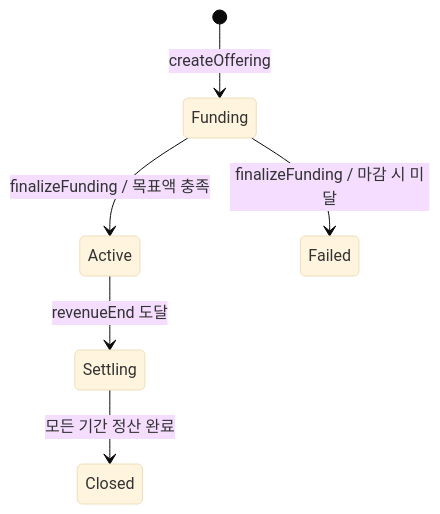
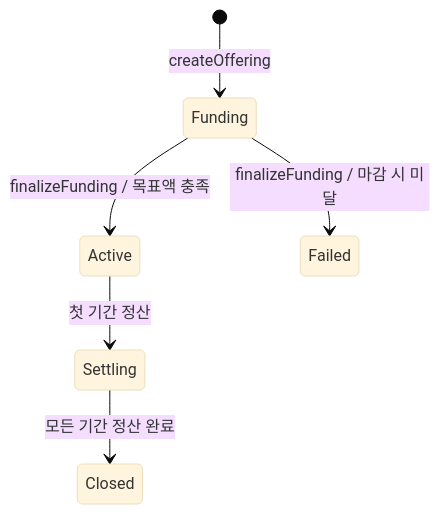
Before and after one commit to baypeline/creator-revenue-bridge: the second of 2 diagrams in contracts/README.md, drawn with Mermaid (base theme). The commit also changed other lines of this file and 3 other files, not shown here.

````diff
--- a/contracts/README.md
+++ b/contracts/README.md
@@ -90,8 +103,8 @@
 ```mermaid
 stateDiagram-v2
     [*] --> Funding: createOffering
     Funding --> Active: finalizeFunding / 목표액 충족
     Funding --> Failed: finalizeFunding / 마감 시 미달
-    Active --> Settling: revenueEnd 도달
+    Active --> Settling: 첫 기간 정산
     Settling --> Closed: 모든 기간 정산 완료
 ```
````
